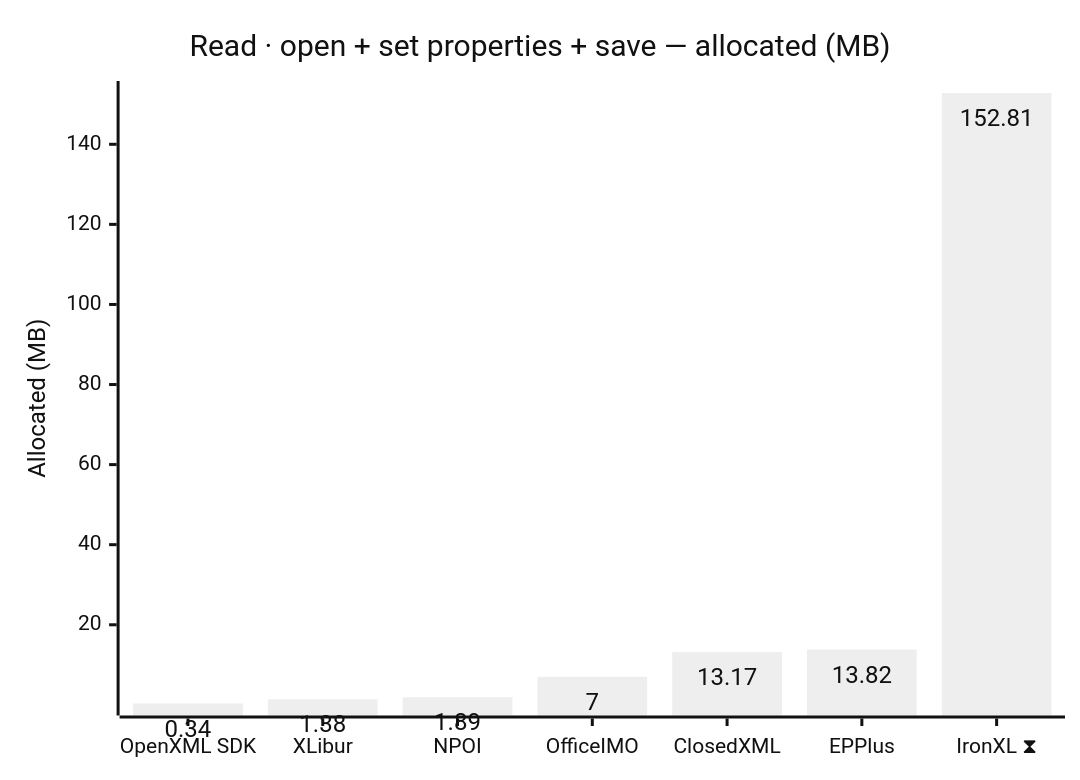
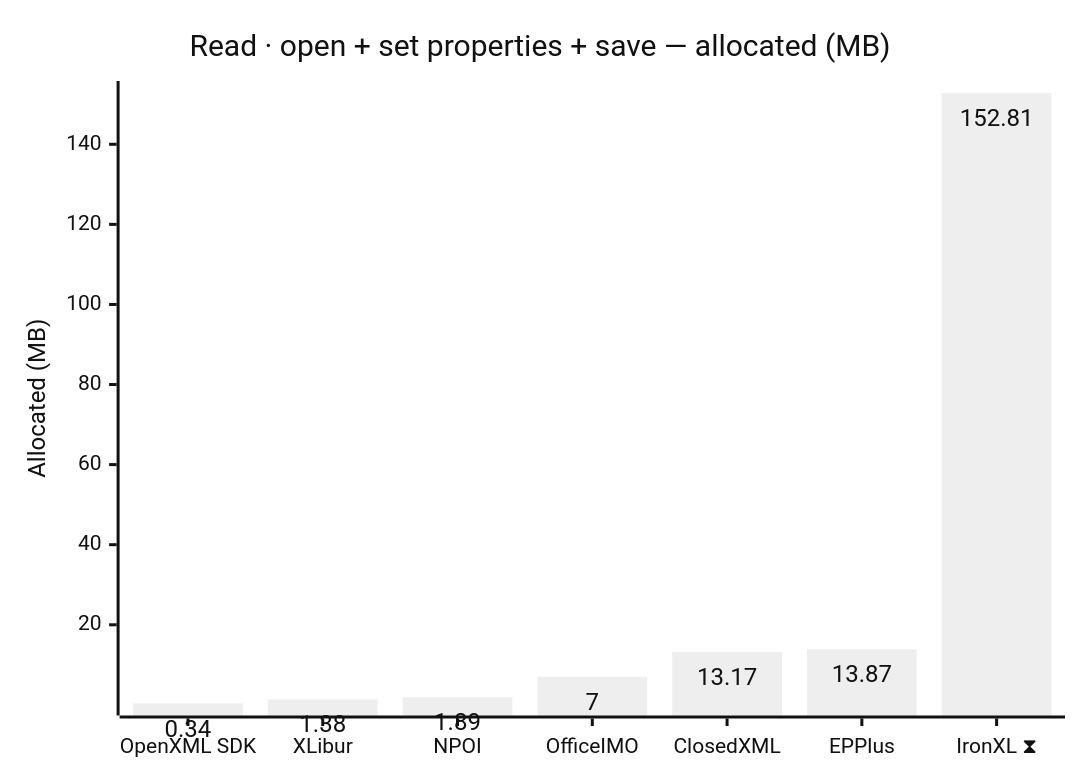
Before and after one commit to jafin/XLBench: the second of 18 diagrams in docs/results-ci.md, drawn with Mermaid (neutral theme). The commit also changed other lines of this file, not shown here.

````diff
--- a/docs/results-ci.md
+++ b/docs/results-ci.md
@@ -56,12 +56,12 @@
 ```mermaid
 ---
 config:
   xyChart:
     showDataLabel: true
 ---
 xychart-beta
     title "Read · open + set properties + save — allocated (MB)"
     x-axis ["OpenXML SDK", "XLibur", "NPOI", "OfficeIMO", "ClosedXML", "EPPlus", "IronXL ⧗"]
     y-axis "Allocated (MB)"
-    bar [0.34, 1.38, 1.89, 7, 13.17, 13.82, 152.81]
+    bar [0.34, 1.38, 1.89, 7, 13.17, 13.87, 152.81]
 ```
````
